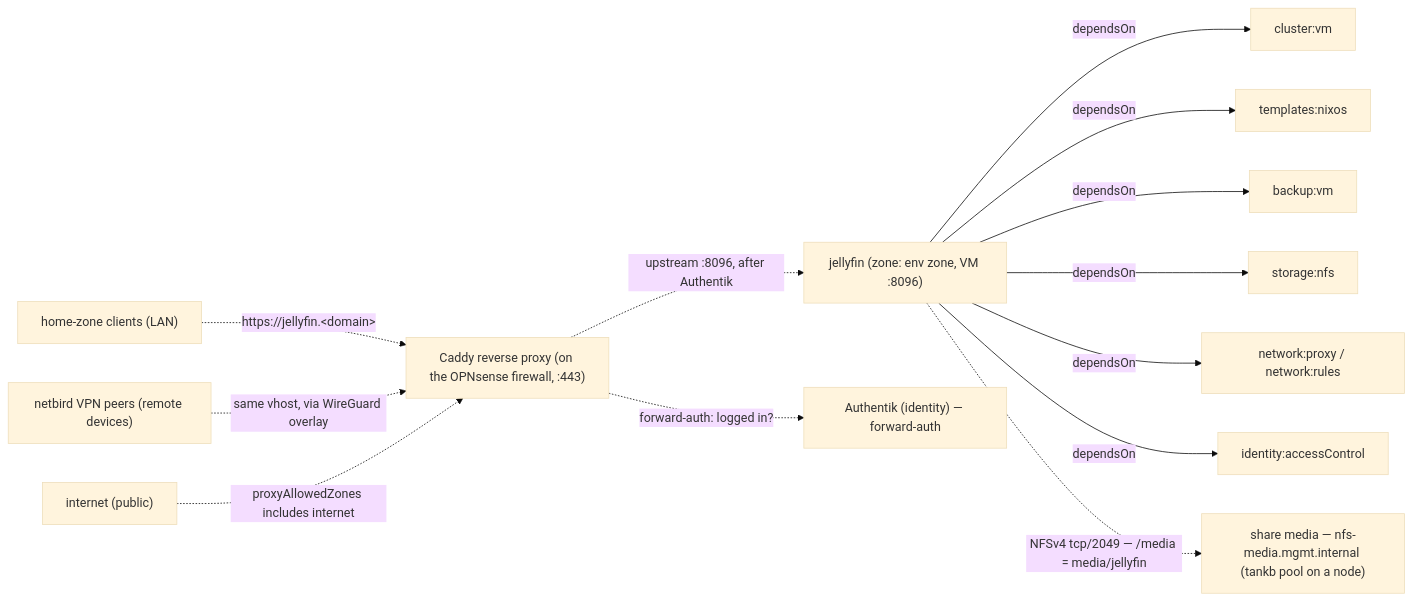
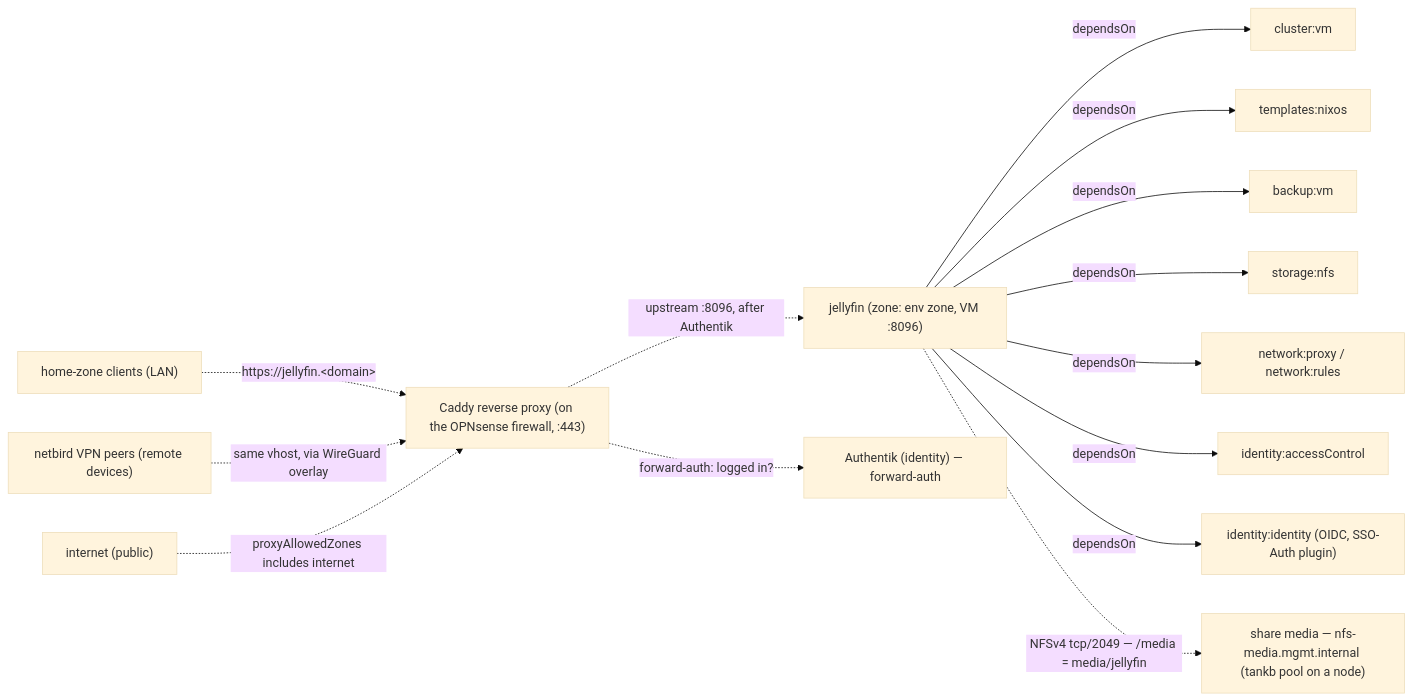
Before and after one commit to TAPPaaS/TAPPaaS: the diagram in src/home/jellyfin/README.md, drawn with Mermaid (base theme). The commit also changed other lines of this file and 4 other files, not shown here.

First line of the commit message:
feat(jellyfin): sign in with Authentik via the SSO-Auth plugin

````diff
--- a/src/home/jellyfin/README.md
+++ b/src/home/jellyfin/README.md
@@ -81,30 +81,32 @@
 ```mermaid
 graph LR
     jellyfin["jellyfin (zone: env zone, VM :8096)"]
     cluster["cluster:vm"]
     templates["templates:nixos"]
     backup["backup:vm"]
     nfs["storage:nfs"]
     netproxy["network:proxy / network:rules"]
     idac["identity:accessControl"]
+    idoidc["identity:identity (OIDC, SSO-Auth plugin)"]
     node["share media — nfs-media.mgmt.internal (tankb pool on a node)"]
     caddy["Caddy reverse proxy (on the OPNsense firewall, :443)"]
     authentik["Authentik (identity) — forward-auth"]
     homeclients["home-zone clients (LAN)"]
     vpnpeers["netbird VPN peers (remote devices)"]
     internet["internet (public)"]
 
     jellyfin -->|dependsOn| cluster
     jellyfin -->|dependsOn| templates
     jellyfin -->|dependsOn| backup
     jellyfin -->|dependsOn| nfs
     jellyfin -->|dependsOn| netproxy
     jellyfin -->|dependsOn| idac
+    jellyfin -->|dependsOn| idoidc
 
     jellyfin -.->|"NFSv4 tcp/2049 — /media = media/jellyfin"| node
     homeclients -.->|"https://jellyfin.&lt;domain&gt;"| caddy
     vpnpeers -.->|"same vhost, via WireGuard overlay"| caddy
     internet -.->|"proxyAllowedZones includes internet"| caddy
     caddy -.->|"forward-auth: logged in?"| authentik
     caddy -.->|"upstream :8096, after Authentik"| jellyfin
 ```
````
